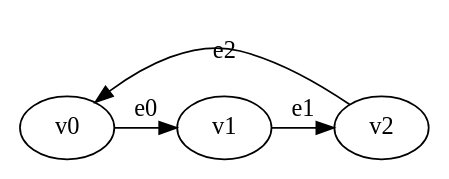
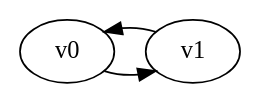
One commit to petejaustin/temporis changed the diagram in README.md. Above: the diagram before and after it, drawn with Graphviz. The commit also changed other lines of this file, not shown here.

````diff
--- a/README.md
+++ b/README.md
@@ -131,11 +25,9 @@
 ```dot
 digraph TemporalGame {
-    v0 [name="v0", player=0];
-    v1 [name="v1", player=1];
-    v2 [name="v2", player=0];
+    v0 [name="v0", player=0, target=1];  // player 0, target vertex
+    v1 [name="v1", player=1];            // player 1
     
-    v0 -> v1 [label="e0", constraint="∃k. time = 2*k + 1"];
-    v1 -> v2 [label="e1", constraint="time <= 5"];
-    v2 -> v0 [label="e2", constraint="∃k. time = 3*k + 1"];
+    v0 -> v1 [constraint="time >= 5"];   // edge available from time 5 onward
+    v1 -> v0 [constraint="time % 2 == 0"]; // edge available on even times
 }
 ```
````
